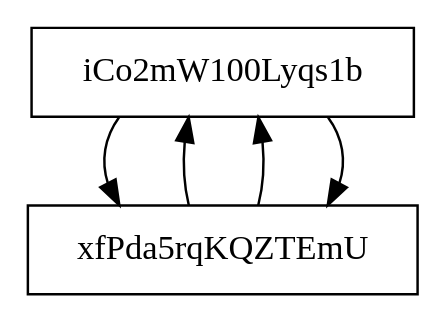
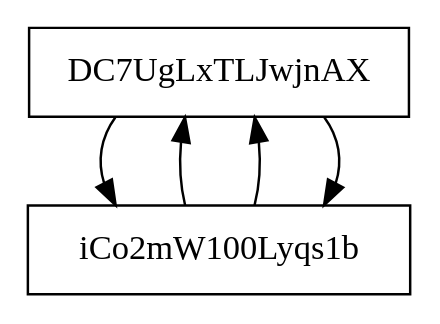
One commit to diemorales96/-EDD-Proyecto1 changed the diagram in [EDD]Proyecto1/[EDD]Proyecto1/ReporteTransacciones.dot. Above: the diagram before and after it, drawn with Graphviz. The commit also changed 11 other files, not shown here.

```diff
--- a/[EDD]Proyecto1/[EDD]Proyecto1/ReporteTransacciones.dot
+++ b/[EDD]Proyecto1/[EDD]Proyecto1/ReporteTransacciones.dot
@@ -1,12 +1,10 @@
 digraph Transacciones{
 node [shape=box]
 graph[ranksep = "0.5", nodesep="0.6"];
-iCo2mW100Lyqs1b[lable="iCo2mW100Lyqs1b 
-p2"];
-iCo2mW100Lyqs1b->xfPda5rqKQZTEmU
-xfPda5rqKQZTEmU->iCo2mW100Lyqs1b
-xfPda5rqKQZTEmU[lable="xfPda5rqKQZTEmU 
-p1"];
-xfPda5rqKQZTEmU->iCo2mW100Lyqs1b
-iCo2mW100Lyqs1b->xfPda5rqKQZTEmU
+DC7UgLxTLJwjnAX[labej="DC7UgLxTLJwjnAX&#92;np1"];
+DC7UgLxTLJwjnAX->iCo2mW100Lyqs1b
+iCo2mW100Lyqs1b->DC7UgLxTLJwjnAX
+iCo2mW100Lyqs1b[labej="iCo2mW100Lyqs1b&#92;np2"];
+iCo2mW100Lyqs1b->DC7UgLxTLJwjnAX
+DC7UgLxTLJwjnAX->iCo2mW100Lyqs1b
 }
```
